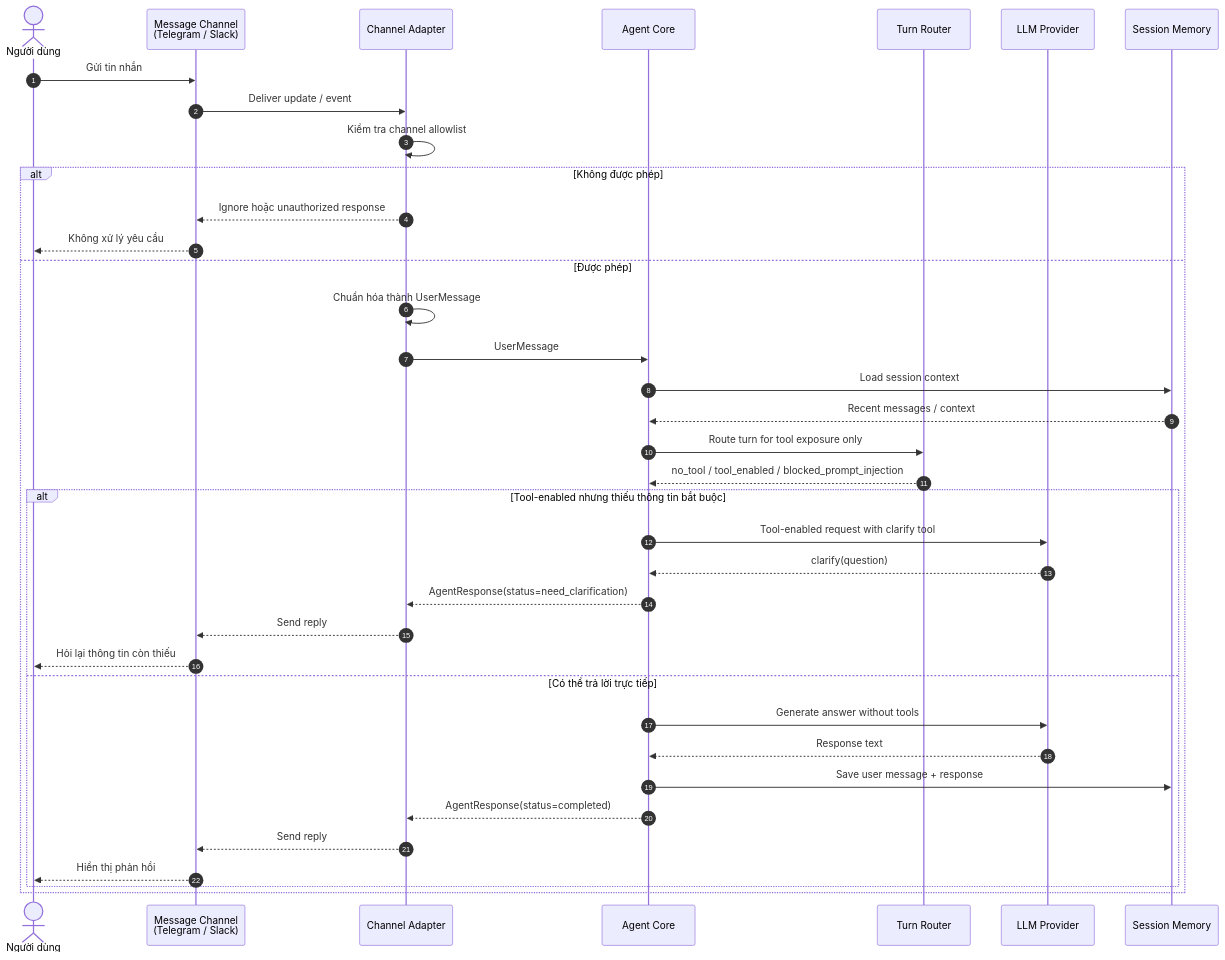
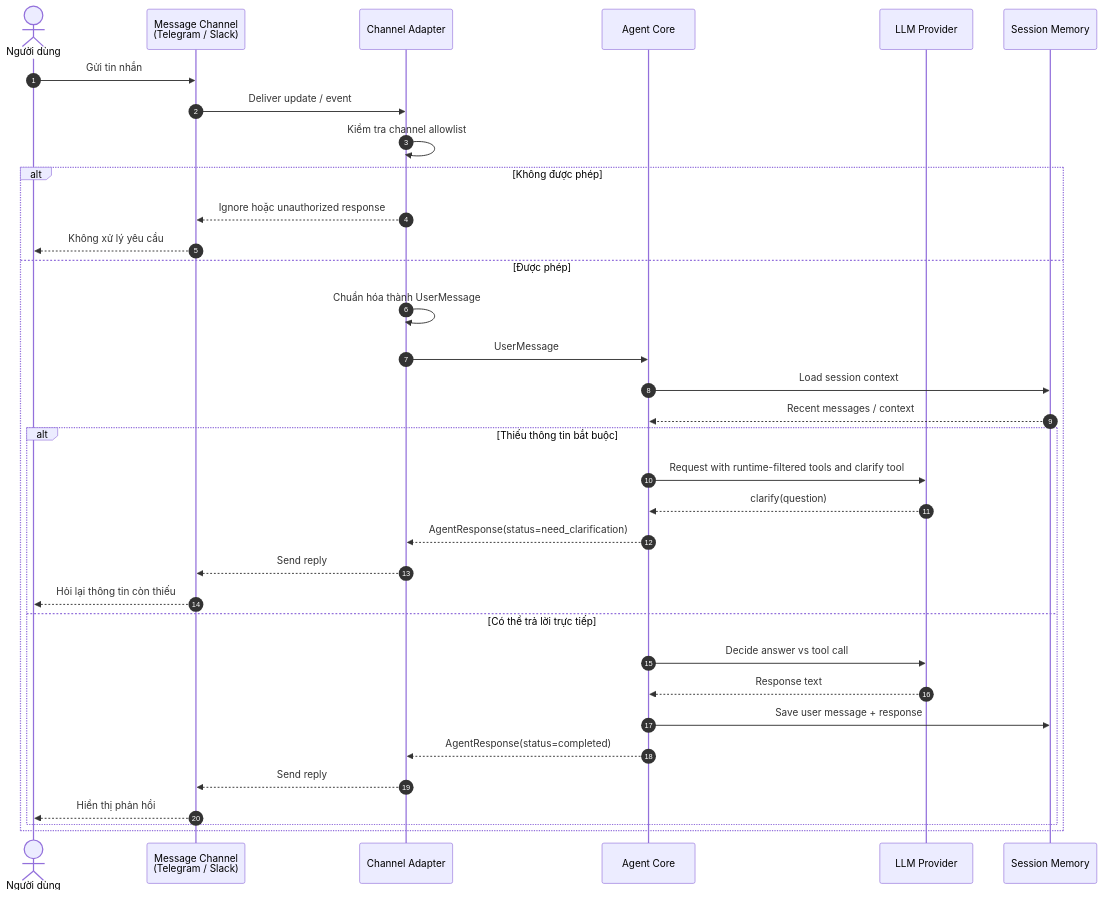
One commit to AI26-V-Claw/V-Claw changed the diagram in docs/scenarios/01-channel-message.md. Above: the diagram before and after it, drawn with Mermaid. The commit also changed 29 other files, not shown here.

Commit message:
refactor(agent): consolidate runtime state machine

````diff
--- a/docs/scenarios/01-channel-message.md
+++ b/docs/scenarios/01-channel-message.md
@@ -17,46 +17,42 @@
 ```mermaid
 sequenceDiagram
     autonumber
 
     actor User as Người dùng
     participant Channel as Message Channel<br/>(Telegram / Slack)
     participant Adapter as Channel Adapter
     participant Agent as Agent Core
-    participant Router as Turn Router
     participant LLM as LLM Provider
     participant Memory as Session Memory
 
     User->>Channel: Gửi tin nhắn
     Channel->>Adapter: Deliver update / event
 
     Adapter->>Adapter: Kiểm tra channel allowlist
 
     alt Không được phép
         Adapter-->>Channel: Ignore hoặc unauthorized response
         Channel-->>User: Không xử lý yêu cầu
     else Được phép
         Adapter->>Adapter: Chuẩn hóa thành UserMessage
         Adapter->>Agent: UserMessage
 
         Agent->>Memory: Load session context
         Memory-->>Agent: Recent messages / context
 
-        Agent->>Router: Route turn for tool exposure only
-        Router-->>Agent: no_tool / tool_enabled / blocked_prompt_injection
-
-        alt Tool-enabled nhưng thiếu thông tin bắt buộc
-            Agent->>LLM: Tool-enabled request with clarify tool
+        alt Thiếu thông tin bắt buộc
+            Agent->>LLM: Request with runtime-filtered tools and clarify tool
             LLM-->>Agent: clarify(question)
             Agent-->>Adapter: AgentResponse(status=need_clarification)
             Adapter-->>Channel: Send reply
             Channel-->>User: Hỏi lại thông tin còn thiếu
         else Có thể trả lời trực tiếp
-            Agent->>LLM: Generate answer without tools
+            Agent->>LLM: Decide answer vs tool call
             LLM-->>Agent: Response text
             Agent->>Memory: Save user message + response
             Agent-->>Adapter: AgentResponse(status=completed)
             Adapter-->>Channel: Send reply
             Channel-->>User: Hiển thị phản hồi
         end
     end
 ```
````
